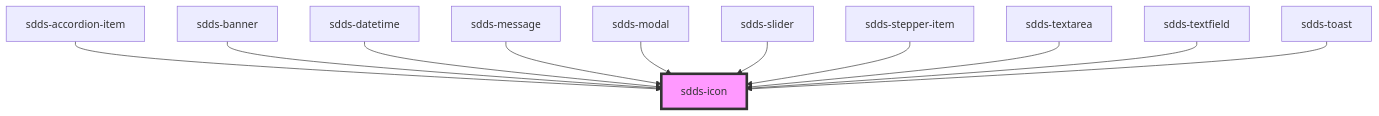
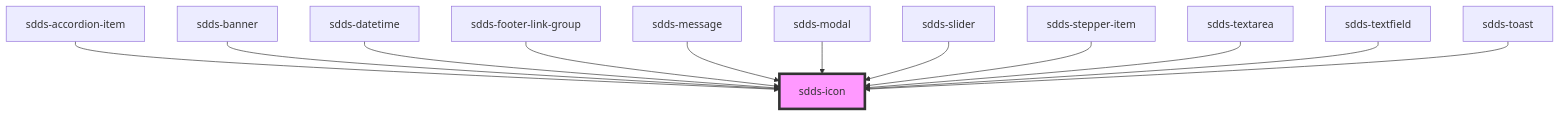
Before and after one commit to scania-digital-design-system/sdds: the diagram in tegel/src/components/icon/readme.md, drawn with Mermaid. The commit also changed other lines of this file and 12 other files, not shown here.

````diff
--- a/tegel/src/components/icon/readme.md
+++ b/tegel/src/components/icon/readme.md
@@ -32,14 +31,15 @@
 ```mermaid
 graph TD;
   sdds-accordion-item --> sdds-icon
   sdds-banner --> sdds-icon
   sdds-datetime --> sdds-icon
+  sdds-footer-link-group --> sdds-icon
   sdds-message --> sdds-icon
   sdds-modal --> sdds-icon
   sdds-slider --> sdds-icon
   sdds-stepper-item --> sdds-icon
   sdds-textarea --> sdds-icon
   sdds-textfield --> sdds-icon
   sdds-toast --> sdds-icon
   style sdds-icon fill:#f9f,stroke:#333,stroke-width:4px
 ```
````
